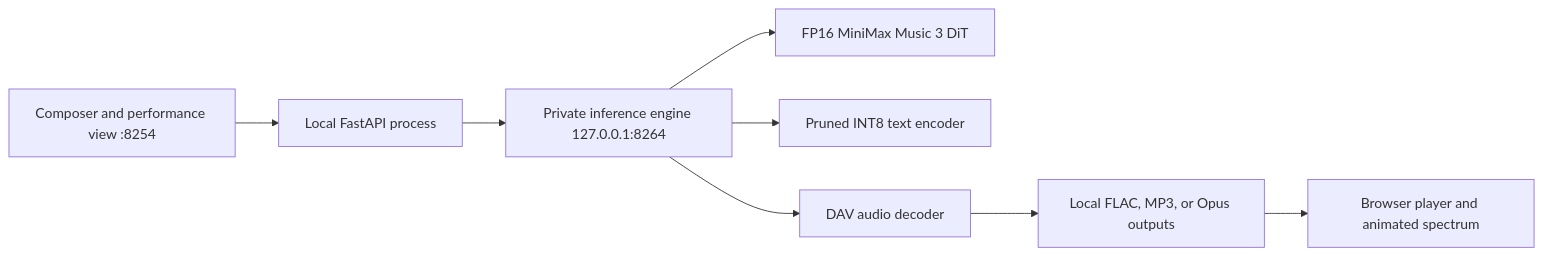
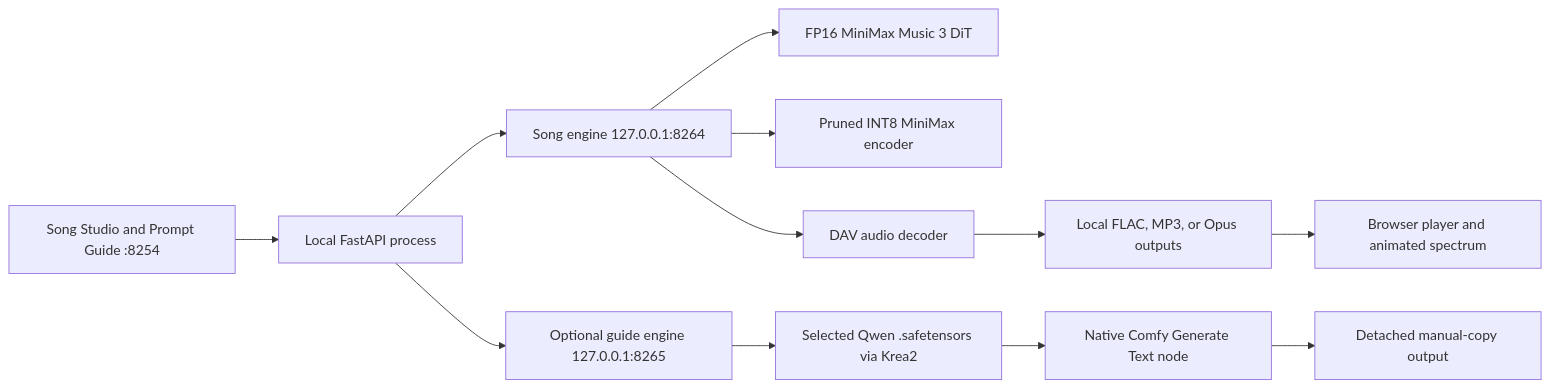
One commit to CommanderTurtle/mm-tools changed the diagram in minimax/ARCHITECTURE.md. Above: the diagram before and after it, drawn with Mermaid. The commit also changed other lines of this file and 9 other files, not shown here.

Commit message:
add isolated MiniMax prompt guide

````diff
--- a/minimax/ARCHITECTURE.md
+++ b/minimax/ARCHITECTURE.md
@@ -5,10 +5,14 @@
 ```mermaid
 flowchart LR
-    Browser["Composer and performance view :8254"] --> API["Local FastAPI process"]
-    API --> Engine["Private inference engine 127.0.0.1:8264"]
+    Browser["Song Studio and Prompt Guide :8254"] --> API["Local FastAPI process"]
+    API --> Engine["Song engine 127.0.0.1:8264"]
+    API --> Guide["Optional guide engine 127.0.0.1:8265"]
     Engine --> DiT["FP16 MiniMax Music 3 DiT"]
-    Engine --> Encoder["Pruned INT8 text encoder"]
+    Engine --> Encoder["Pruned INT8 MiniMax encoder"]
     Engine --> DAV["DAV audio decoder"]
+    Guide --> Qwen["Selected Qwen .safetensors via Krea2"]
+    Qwen --> TextGen["Native Comfy Generate Text node"]
+    TextGen --> CopyDesk["Detached manual-copy output"]
     DAV --> Files["Local FLAC, MP3, or Opus outputs"]
     Files --> Player["Browser player and animated spectrum"]
 ```
````
